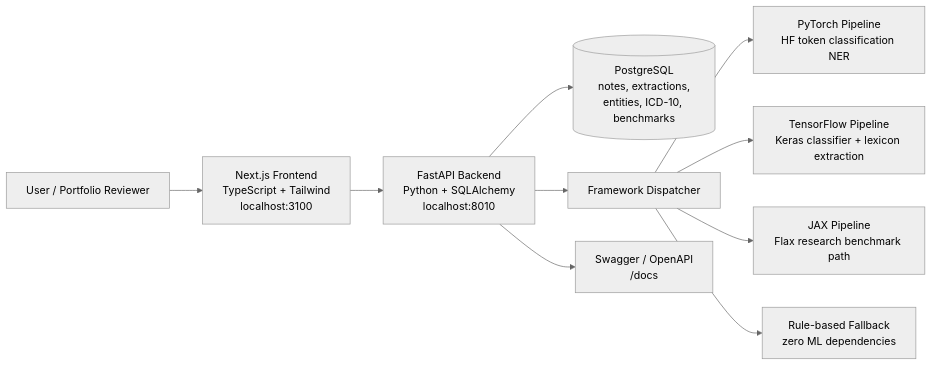
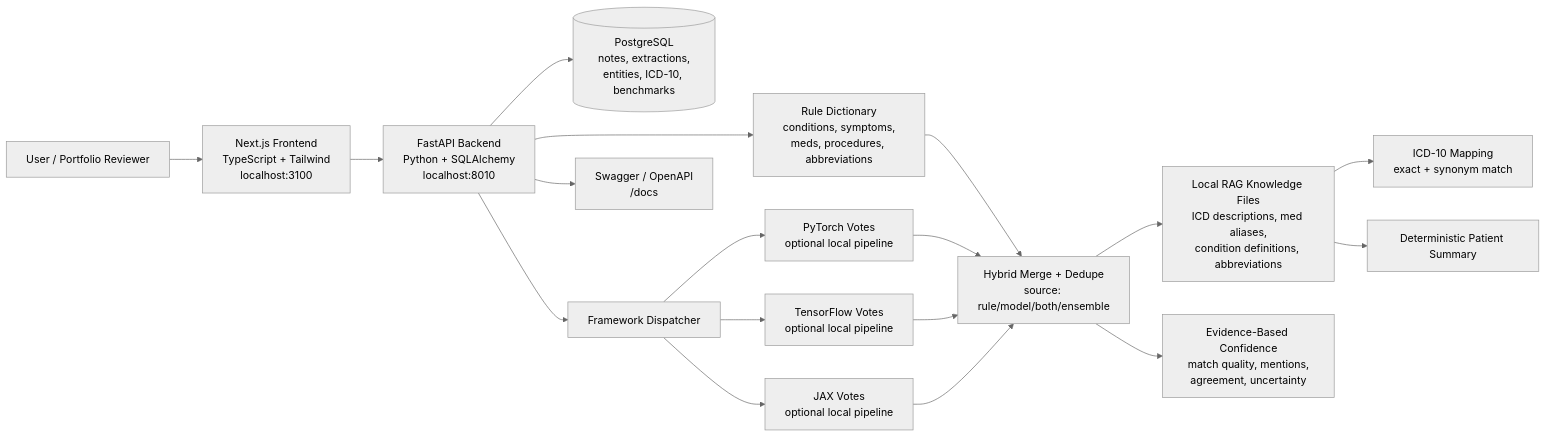
One commit to ajay-karthikAI/MedExtract changed the diagram in README.md. Above: the diagram before and after it, drawn with Mermaid (neutral theme). The commit also changed other lines of this file and 46 other files, not shown here.

Commit message:
Improve hybrid extraction and annotated frontend

````diff
--- a/README.md
+++ b/README.md
@@ -32,12 +33,20 @@
 ```mermaid
 flowchart LR
     user[User / Portfolio Reviewer] --> ui[Next.js Frontend<br/>TypeScript + Tailwind<br/>localhost:3100]
     ui --> api[FastAPI Backend<br/>Python + SQLAlchemy<br/>localhost:8010]
     api --> db[(PostgreSQL<br/>notes, extractions,<br/>entities, ICD-10, benchmarks)]
+    api --> rules[Rule Dictionary<br/>conditions, symptoms,<br/>meds, procedures, abbreviations]
     api --> dispatch[Framework Dispatcher]
-    dispatch --> pt[PyTorch Pipeline<br/>HF token classification NER]
-    dispatch --> tf[TensorFlow Pipeline<br/>Keras classifier + lexicon extraction]
-    dispatch --> jax[JAX Pipeline<br/>Flax research benchmark path]
-    dispatch --> rules[Rule-based Fallback<br/>zero ML dependencies]
+    dispatch --> pt[PyTorch Votes<br/>optional local pipeline]
+    dispatch --> tf[TensorFlow Votes<br/>optional local pipeline]
+    dispatch --> jax[JAX Votes<br/>optional local pipeline]
+    rules --> merge[Hybrid Merge + Dedupe<br/>source: rule/model/both/ensemble]
+    pt --> merge
+    tf --> merge
+    jax --> merge
+    merge --> rag[Local RAG Knowledge Files<br/>ICD descriptions, med aliases,<br/>condition definitions, abbreviations]
+    rag --> icd[ICD-10 Mapping<br/>exact + synonym match]
+    rag --> summary[Deterministic Patient Summary]
+    merge --> confidence[Evidence-Based Confidence<br/>match quality, mentions,<br/>agreement, uncertainty]
     api --> docs[Swagger / OpenAPI<br/>/docs]
 ```
````
